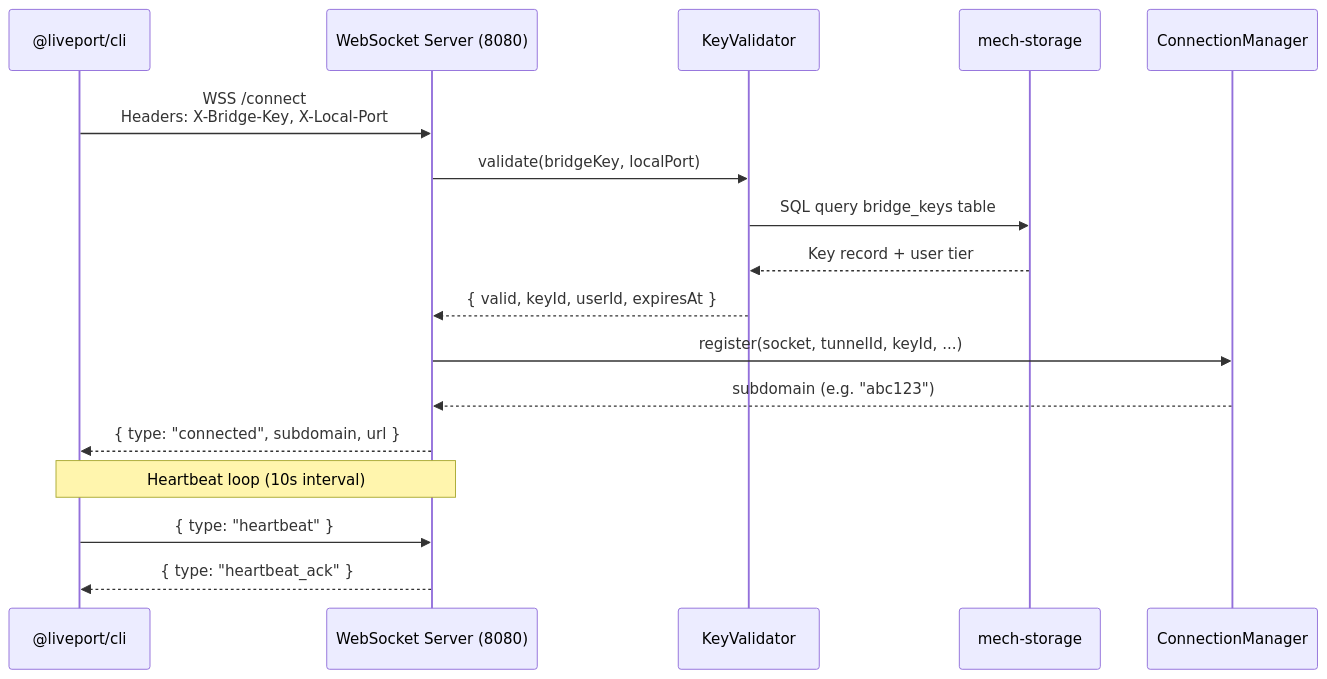
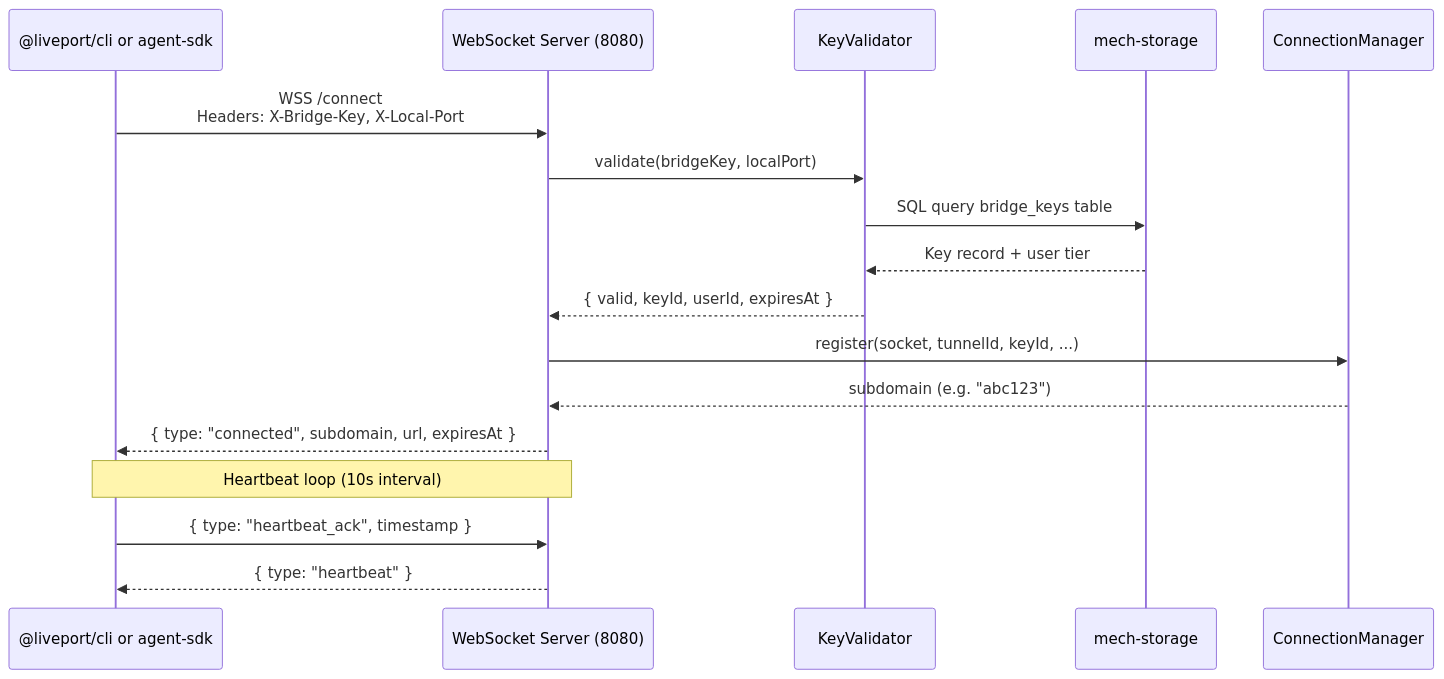
The second of 5 diagrams in docs/ARCHITECTURE.md (dundas/liveport), drawn with Mermaid before and after one commit. The commit also changed other lines of this file and 4 other files, not shown here.

````diff
--- a/docs/ARCHITECTURE.md
+++ b/docs/ARCHITECTURE.md
@@ -66,21 +83,21 @@
 ```mermaid
 sequenceDiagram
-    participant CLI as @liveport/cli
+    participant CLI as @liveport/cli or agent-sdk
     participant WS as WebSocket Server (8080)
     participant KV as KeyValidator
     participant DB as mech-storage
     participant CM as ConnectionManager
 
     CLI->>WS: WSS /connect<br/>Headers: X-Bridge-Key, X-Local-Port
     WS->>KV: validate(bridgeKey, localPort)
     KV->>DB: SQL query bridge_keys table
     DB-->>KV: Key record + user tier
     KV-->>WS: { valid, keyId, userId, expiresAt }
     WS->>CM: register(socket, tunnelId, keyId, ...)
     CM-->>WS: subdomain (e.g. "abc123")
-    WS-->>CLI: { type: "connected", subdomain, url }
+    WS-->>CLI: { type: "connected", subdomain, url, expiresAt }
 
     Note over CLI,WS: Heartbeat loop (10s interval)
-    CLI->>WS: { type: "heartbeat" }
-    WS-->>CLI: { type: "heartbeat_ack" }
+    CLI->>WS: { type: "heartbeat_ack", timestamp }
+    WS-->>CLI: { type: "heartbeat" }
 ```
````
